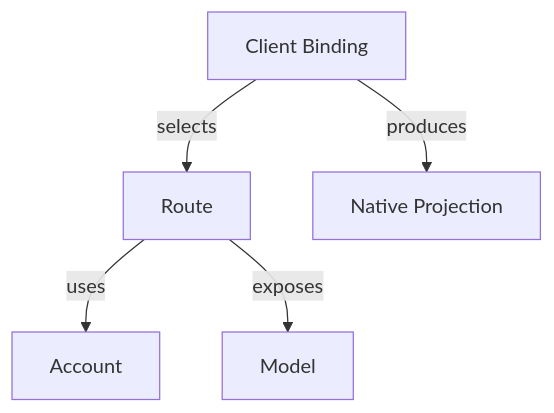
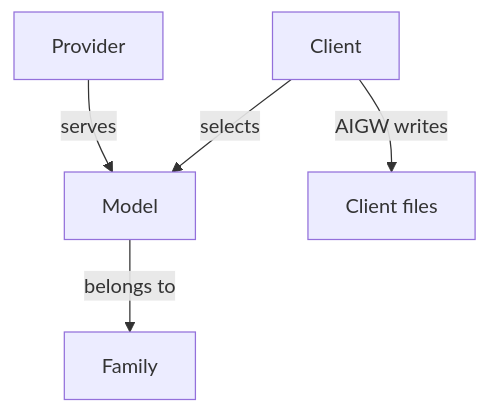
Before and after one commit to HengYangDS/aigw-cli: the diagram in docs/concepts/product-concepts.md, drawn with Mermaid. The commit also changed other lines of this file and 5 other files, not shown here.

````diff
--- a/docs/concepts/product-concepts.md
+++ b/docs/concepts/product-concepts.md
@@ -16,9 +16,9 @@
 ```mermaid
 flowchart TB
-    accTitle: References among the four configuration entities
-    accDescr: A Client Binding selects a reusable Route, which names an Account. The binding is projected into one native client while Account Tokens remain in a separate backend.
-    B["Client Binding"] -->|selects| R["Route"]
-    R -->|uses| A["Account"]
-    R -->|exposes| M["Model"]
-    B -->|produces| N["Native Projection"]
+    accTitle: References among providers, models, families and clients
+    accDescr: A client selects one model, which a provider serves and which may belong to a family. AIGW writes the selection into the client's files while the provider's Token stays in a separate backend.
+    C["Client"] -->|selects| M["Model"]
+    P["Provider"] -->|serves| M
+    M -->|belongs to| F["Family"]
+    C -->|AIGW writes| N["Client files"]
 ```
````
